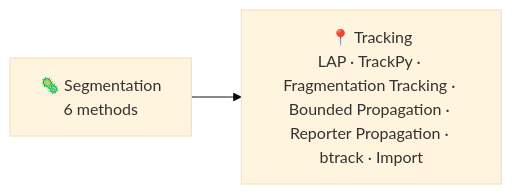
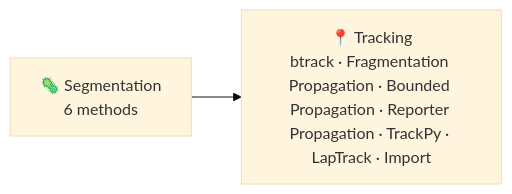
The diagram in docs/source/processing/index.md (imAIgene-Dream3D/BEHAV3D), drawn with Mermaid (base theme) before and after one commit. The commit also changed other lines of this file and 26 other files, not shown here.

````diff
--- a/docs/source/processing/index.md
+++ b/docs/source/processing/index.md
@@ -5,4 +5,4 @@
 ```{mermaid}
 flowchart LR
-    Seg["🦠 Segmentation<br/>6 methods"] --> Trk["📍 Tracking<br/>LAP · TrackPy · Fragmentation Tracking · Bounded Propagation · Reporter Propagation · btrack · Import"]
+    Seg["🦠 Segmentation<br/>6 methods"] --> Trk["📍 Tracking<br/>btrack · Fragmentation Propagation · Bounded Propagation · Reporter Propagation · TrackPy · LapTrack · Import"]
 ```
````
